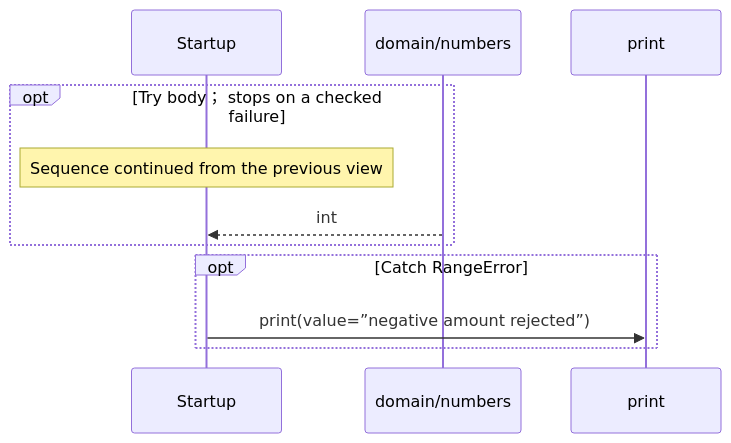
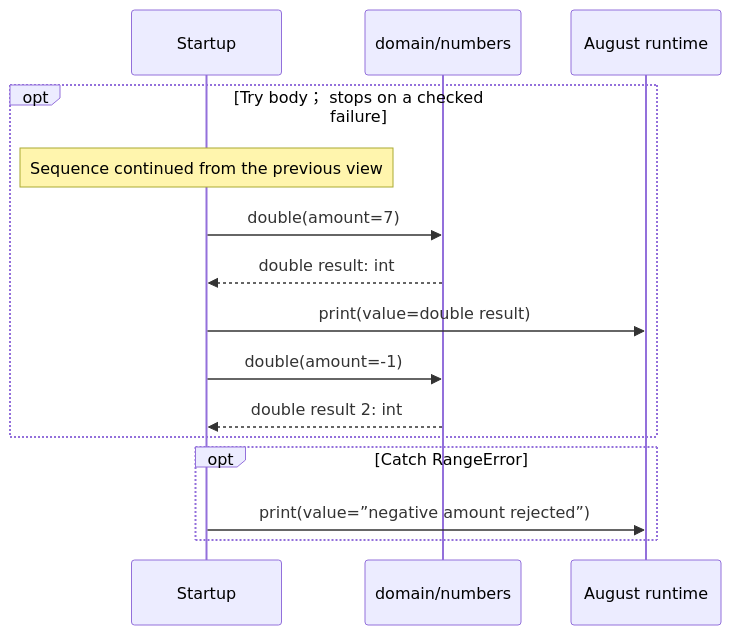
The third of 3 diagrams in docs/examples/approved-design/main-diagrams.md (GreenPandaStudios/augscript), drawn with Mermaid before and after one commit. The commit also changed other lines of this file and 304 other files, not shown here.

Commit message:
Make generated data-flow sequences concise and review every diagram

````diff
--- a/docs/examples/approved-design/main-diagrams.md
+++ b/docs/examples/approved-design/main-diagrams.md
@@ -108,13 +82,17 @@
 ```mermaid
 sequenceDiagram
     participant p0 as Startup
     participant p1 as domain/numbers
-    participant p2 as print
+    participant p2 as August runtime
     opt Try body； stops on a checked failure
     Note over p0: Sequence continued from the previous view
-    p1-->>p0: int
+    p0->>p1: double(amount=7)
+    p1-->>p0: double result: int
+    p0->>p2: print(value=double result)
+    p0->>p1: double(amount=-1)
+    p1-->>p0: double result 2: int
     end
     opt Catch RangeError
     p0->>p2: print(value=”negative amount rejected”)
     end
 ```
````
